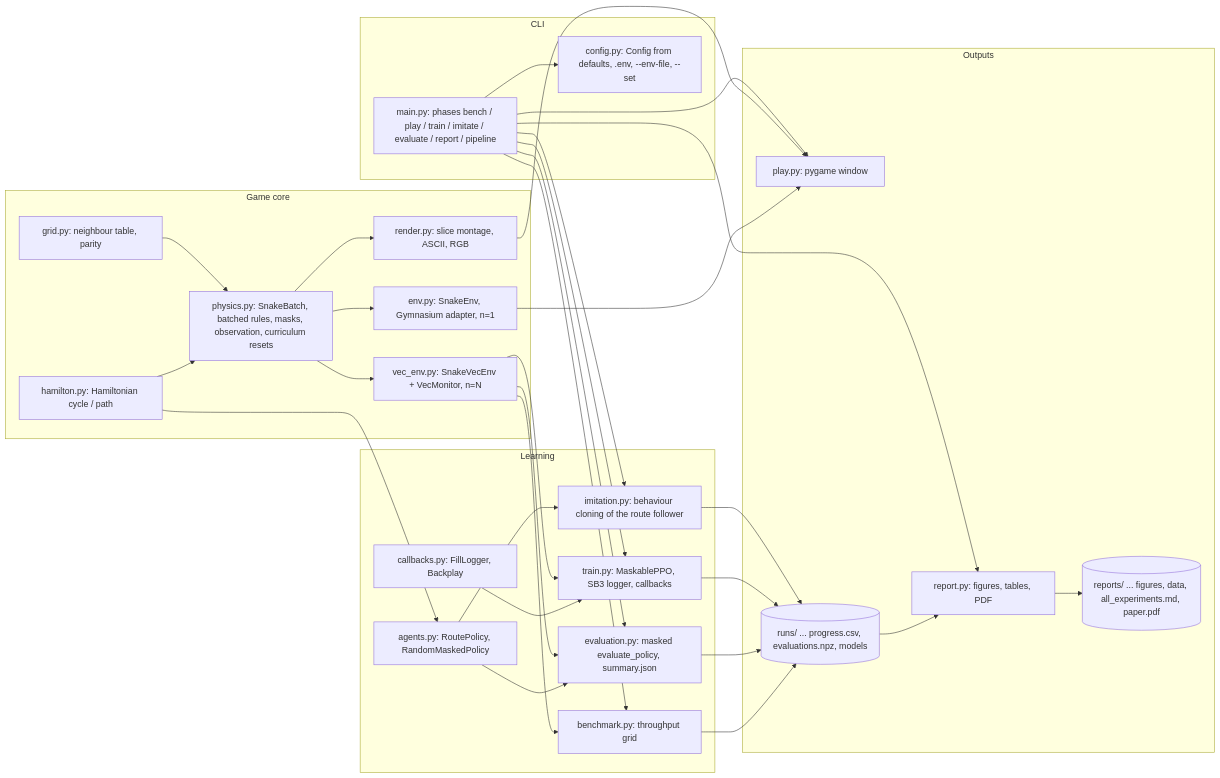
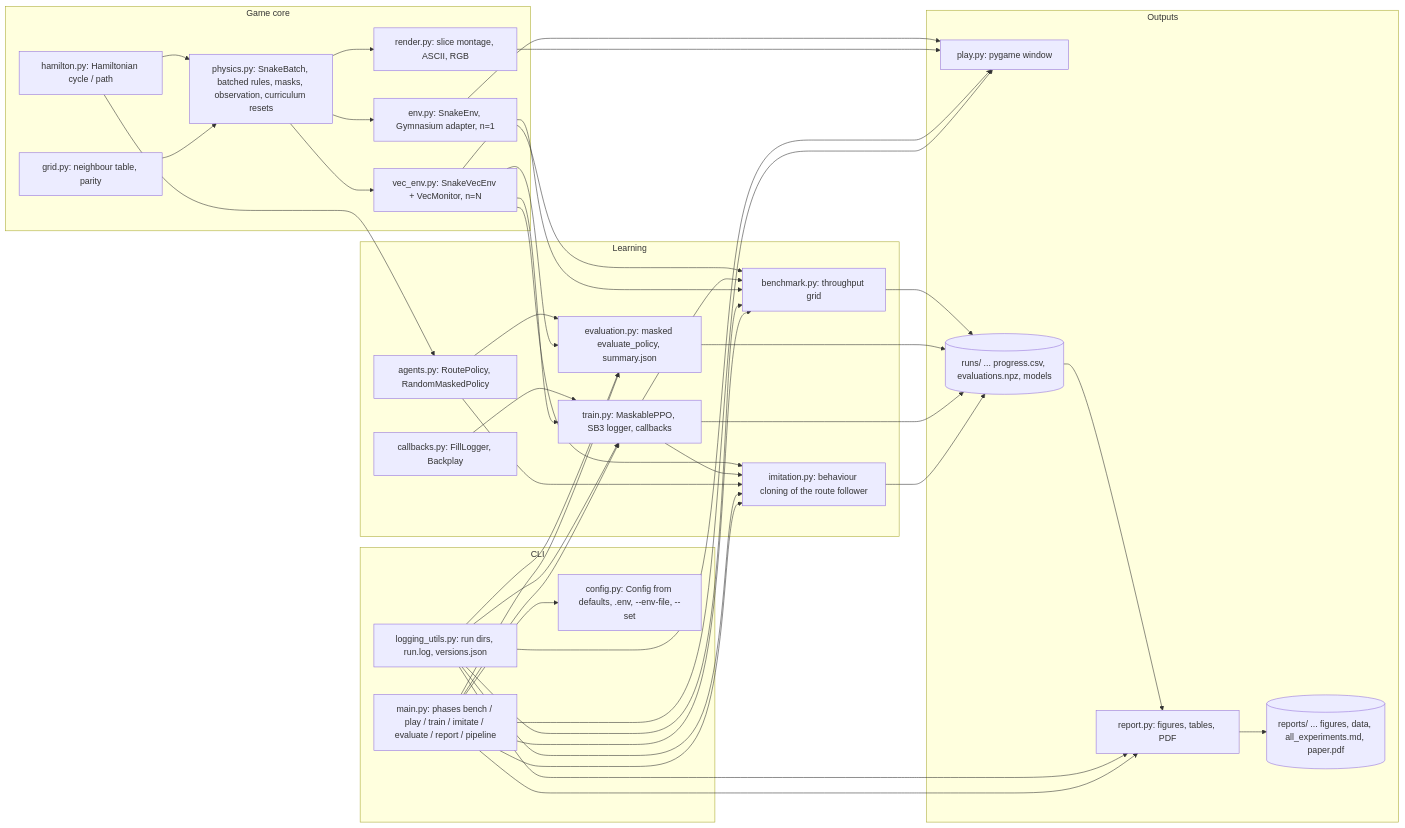
One commit to BurnyCoder/4d-snake-rl changed the diagram in README.md. Above: the diagram before and after it, drawn with Mermaid. The commit also changed other lines of this file and 7 other files, not shown here.

````diff
--- a/README.md
+++ b/README.md
@@ -92,45 +92,51 @@
 ```mermaid
 flowchart LR
     subgraph cli [CLI]
         main[main.py: phases bench / play / train / imitate / evaluate / report / pipeline]
         config[config.py: Config from defaults, .env, --env-file, --set]
+        logging[logging_utils.py: run dirs, run.log, versions.json]
     end
     subgraph core [Game core]
         grid[grid.py: neighbour table, parity]
         hamilton[hamilton.py: Hamiltonian cycle / path]
         physics[physics.py: SnakeBatch, batched rules, masks, observation, curriculum resets]
         env[env.py: SnakeEnv, Gymnasium adapter, n=1]
         vec[vec_env.py: SnakeVecEnv + VecMonitor, n=N]
         render[render.py: slice montage, ASCII, RGB]
     end
     subgraph rl [Learning]
         train[train.py: MaskablePPO, SB3 logger, callbacks]
         imitation[imitation.py: behaviour cloning of the route follower]
         callbacks[callbacks.py: FillLogger, Backplay]
         agents[agents.py: RoutePolicy, RandomMaskedPolicy]
         evaluation[evaluation.py: masked evaluate_policy, summary.json]
         bench[benchmark.py: throughput grid]
     end
     subgraph out [Outputs]
         play[play.py: pygame window]
         report[report.py: figures, tables, PDF]
         runs[(runs/ ... progress.csv, evaluations.npz, models)]
         reports[(reports/ ... figures, data, all_experiments.md, paper.pdf)]
     end
     main --> config
     main --> train & evaluation & bench & play & report & imitation
+    logging --> train & evaluation & bench & play & report & imitation
     agents --> imitation --> runs
+    train --> imitation
+    vec --> imitation
+    env --> bench
+    train --> bench
     grid --> physics
     hamilton --> physics
     physics --> env & vec
     physics --> render --> play
     env --> play
     vec --> train & evaluation & bench
     callbacks --> train
     agents --> evaluation
     hamilton --> agents
     train --> runs
     evaluation --> runs
     bench --> runs
     runs --> report --> reports
 ```
````
